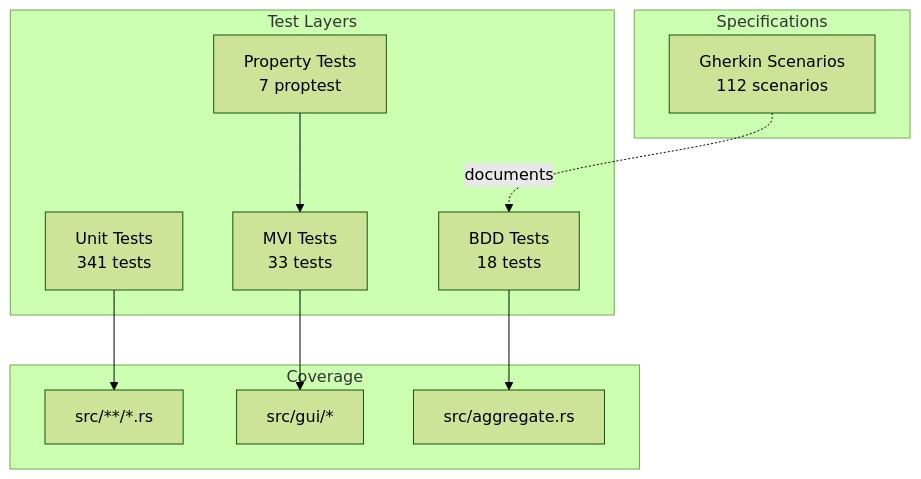
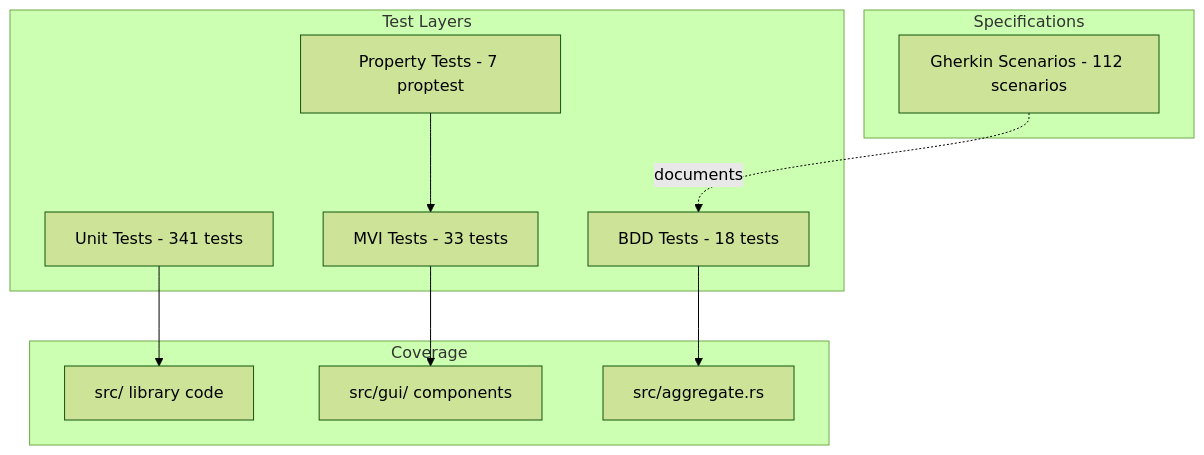
The sixth of 10 diagrams in ARCHITECTURE.md (TheCowboyAI/cim-keys), drawn with Mermaid (forest theme) before and after one commit. The commit also changed other lines of this file and 11 other files, not shown here.

````diff
--- a/ARCHITECTURE.md
+++ b/ARCHITECTURE.md
@@ -187,25 +187,25 @@
 ```mermaid
 graph TB
-    subgraph "Test Layers"
-        UNIT[Unit Tests<br>341 tests]
-        MVI[MVI Tests<br>33 tests]
-        BDD[BDD Tests<br>18 tests]
-        PROP[Property Tests<br>7 proptest]
+    subgraph TESTS["Test Layers"]
+        UNIT["Unit Tests - 341 tests"]
+        MVI["MVI Tests - 33 tests"]
+        BDD["BDD Tests - 18 tests"]
+        PROP["Property Tests - 7 proptest"]
     end
 
-    subgraph "Specifications"
-        GHERKIN[Gherkin Scenarios<br>112 scenarios]
+    subgraph SPECS["Specifications"]
+        GHERKIN["Gherkin Scenarios - 112 scenarios"]
     end
 
-    subgraph "Coverage"
-        LIB[src/**/*.rs]
-        GUI[src/gui/*]
-        AGG[src/aggregate.rs]
+    subgraph COV["Coverage"]
+        LIB["src/ library code"]
+        GUI["src/gui/ components"]
+        AGG["src/aggregate.rs"]
     end
 
     UNIT --> LIB
     MVI --> GUI
     BDD --> AGG
     GHERKIN -.->|documents| BDD
     PROP --> MVI
 ```
````
